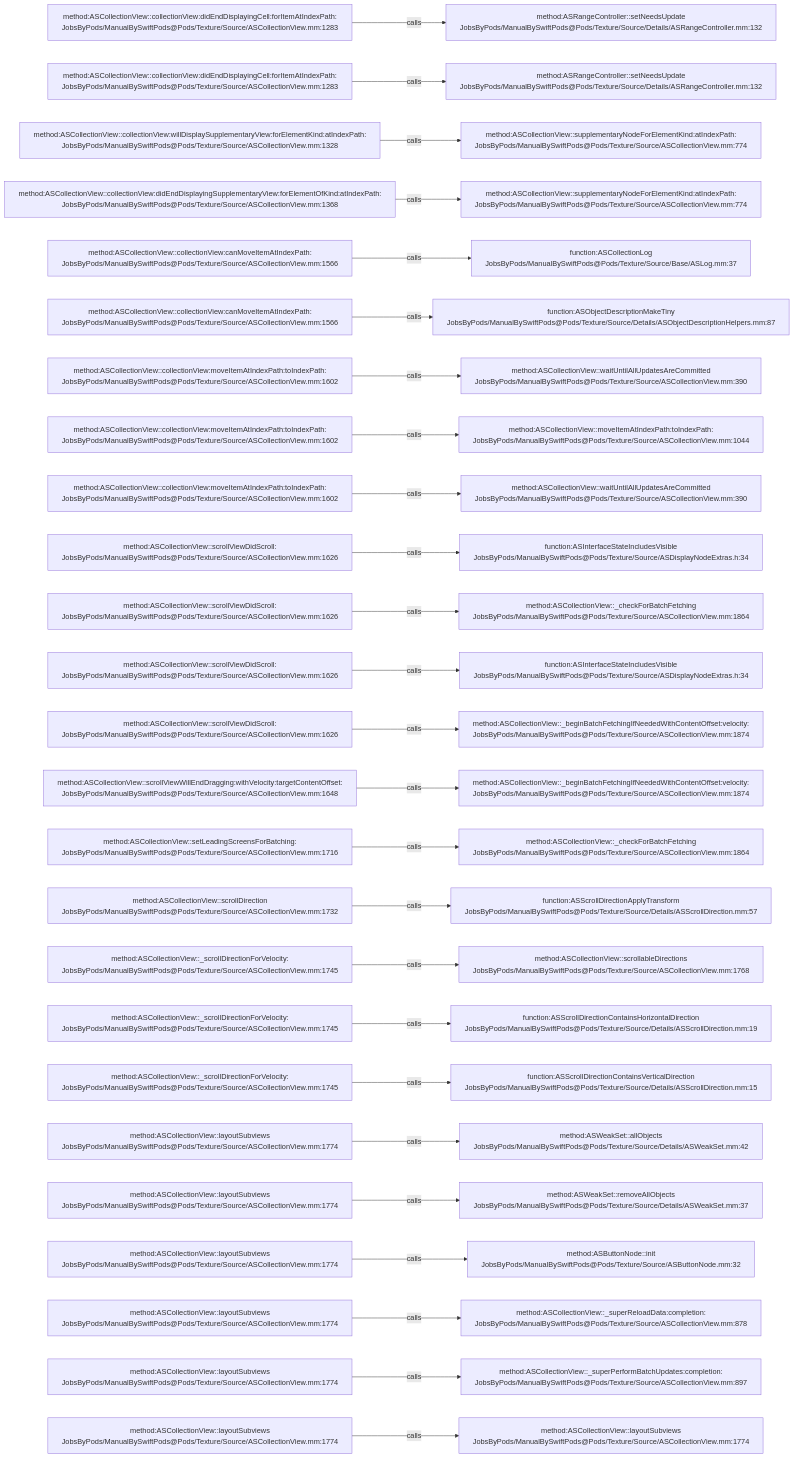
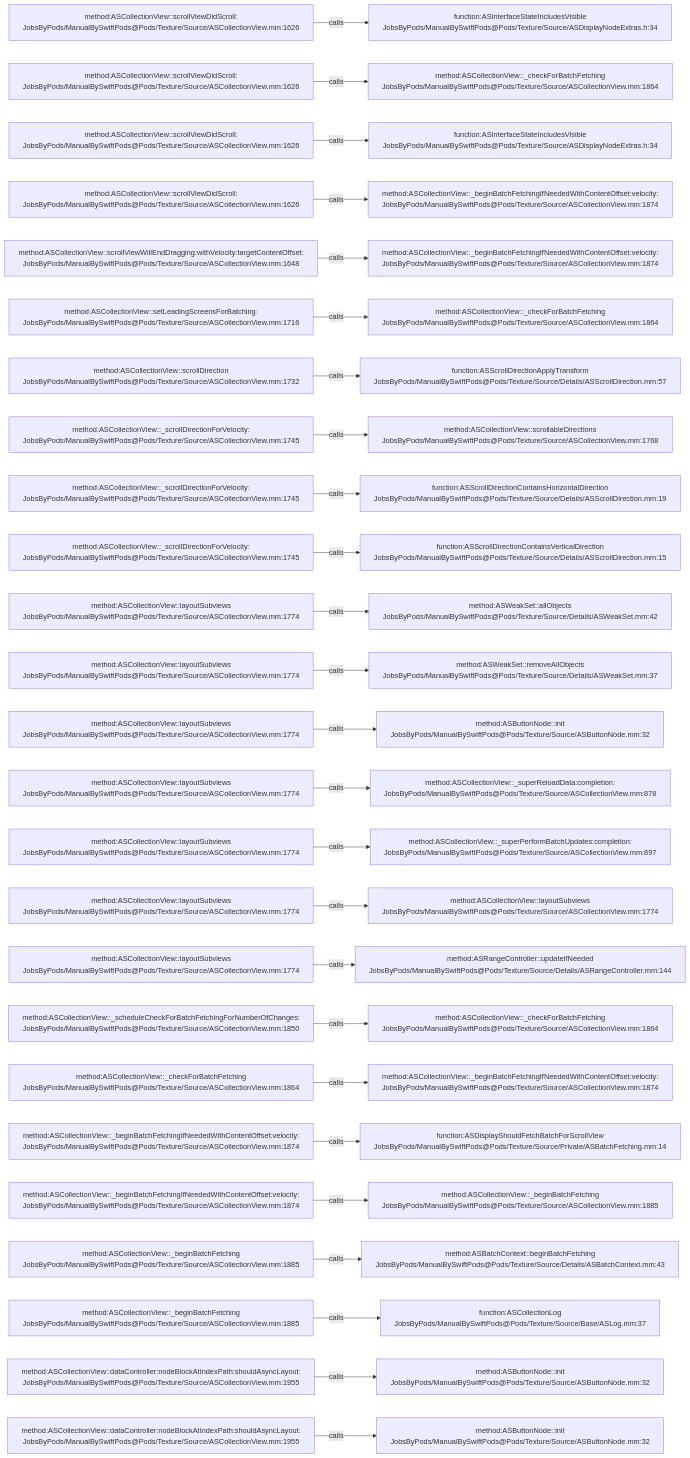
One commit to JobsKits/JobsSwiftBaseConfigDemo changed the diagram in .codegraph/codegraph.md/graphs/calls-013.md. Above: the diagram before and after it, drawn with Mermaid. The commit also changed 707 other files, not shown here.

````diff
--- a/.codegraph/codegraph.md/graphs/calls-013.md
+++ b/.codegraph/codegraph.md/graphs/calls-013.md
@@ -13,78 +13,78 @@
 ```mermaid
 flowchart LR
-  S1["method:ASCollectionView::collectionView:didEndDisplayingCell:forItemAtIndexPath:<br/>JobsByPods/ManualBySwiftPods@Pods/Texture/Source/ASCollectionView.mm:1283"]
-  T1["method:ASRangeController::setNeedsUpdate<br/>JobsByPods/ManualBySwiftPods@Pods/Texture/Source/Details/ASRangeController.mm:132"]
+  S1["method:ASCollectionView::scrollViewDidScroll:<br/>JobsByPods/ManualBySwiftPods@Pods/Texture/Source/ASCollectionView.mm:1626"]
+  T1["function:ASInterfaceStateIncludesVisible<br/>JobsByPods/ManualBySwiftPods@Pods/Texture/Source/ASDisplayNodeExtras.h:34"]
   S1 -->|calls| T1
-  S2["method:ASCollectionView::collectionView:didEndDisplayingCell:forItemAtIndexPath:<br/>JobsByPods/ManualBySwiftPods@Pods/Texture/Source/ASCollectionView.mm:1283"]
-  T2["method:ASRangeController::setNeedsUpdate<br/>JobsByPods/ManualBySwiftPods@Pods/Texture/Source/Details/ASRangeController.mm:132"]
+  S2["method:ASCollectionView::scrollViewDidScroll:<br/>JobsByPods/ManualBySwiftPods@Pods/Texture/Source/ASCollectionView.mm:1626"]
+  T2["method:ASCollectionView::_checkForBatchFetching<br/>JobsByPods/ManualBySwiftPods@Pods/Texture/Source/ASCollectionView.mm:1864"]
   S2 -->|calls| T2
-  S3["method:ASCollectionView::collectionView:willDisplaySupplementaryView:forElementKind:atIndexPath:<br/>JobsByPods/ManualBySwiftPods@Pods/Texture/Source/ASCollectionView.mm:1328"]
-  T3["method:ASCollectionView::supplementaryNodeForElementKind:atIndexPath:<br/>JobsByPods/ManualBySwiftPods@Pods/Texture/Source/ASCollectionView.mm:774"]
+  S3["method:ASCollectionView::scrollViewDidScroll:<br/>JobsByPods/ManualBySwiftPods@Pods/Texture/Source/ASCollectionView.mm:1626"]
+  T3["function:ASInterfaceStateIncludesVisible<br/>JobsByPods/ManualBySwiftPods@Pods/Texture/Source/ASDisplayNodeExtras.h:34"]
   S3 -->|calls| T3
-  S4["method:ASCollectionView::collectionView:didEndDisplayingSupplementaryView:forElementOfKind:atIndexPath:<br/>JobsByPods/ManualBySwiftPods@Pods/Texture/Source/ASCollectionView.mm:1368"]
-  T4["method:ASCollectionView::supplementaryNodeForElementKind:atIndexPath:<br/>JobsByPods/ManualBySwiftPods@Pods/Texture/Source/ASCollectionView.mm:774"]
+  S4["method:ASCollectionView::scrollViewDidScroll:<br/>JobsByPods/ManualBySwiftPods@Pods/Texture/Source/ASCollectionView.mm:1626"]
+  T4["method:ASCollectionView::_beginBatchFetchingIfNeededWithContentOffset:velocity:<br/>JobsByPods/ManualBySwiftPods@Pods/Texture/Source/ASCollectionView.mm:1874"]
   S4 -->|calls| T4
-  S5["method:ASCollectionView::collectionView:canMoveItemAtIndexPath:<br/>JobsByPods/ManualBySwiftPods@Pods/Texture/Source/ASCollectionView.mm:1566"]
-  T5["function:ASCollectionLog<br/>JobsByPods/ManualBySwiftPods@Pods/Texture/Source/Base/ASLog.mm:37"]
+  S5["method:ASCollectionView::scrollViewWillEndDragging:withVelocity:targetContentOffset:<br/>JobsByPods/ManualBySwiftPods@Pods/Texture/Source/ASCollectionView.mm:1648"]
+  T5["method:ASCollectionView::_beginBatchFetchingIfNeededWithContentOffset:velocity:<br/>JobsByPods/ManualBySwiftPods@Pods/Texture/Source/ASCollectionView.mm:1874"]
   S5 -->|calls| T5
-  S6["method:ASCollectionView::collectionView:canMoveItemAtIndexPath:<br/>JobsByPods/ManualBySwiftPods@Pods/Texture/Source/ASCollectionView.mm:1566"]
-  T6["function:ASObjectDescriptionMakeTiny<br/>JobsByPods/ManualBySwiftPods@Pods/Texture/Source/Details/ASObjectDescriptionHelpers.mm:87"]
+  S6["method:ASCollectionView::setLeadingScreensForBatching:<br/>JobsByPods/ManualBySwiftPods@Pods/Texture/Source/ASCollectionView.mm:1716"]
+  T6["method:ASCollectionView::_checkForBatchFetching<br/>JobsByPods/ManualBySwiftPods@Pods/Texture/Source/ASCollectionView.mm:1864"]
   S6 -->|calls| T6
-  S7["method:ASCollectionView::collectionView:moveItemAtIndexPath:toIndexPath:<br/>JobsByPods/ManualBySwiftPods@Pods/Texture/Source/ASCollectionView.mm:1602"]
-  T7["method:ASCollectionView::waitUntilAllUpdatesAreCommitted<br/>JobsByPods/ManualBySwiftPods@Pods/Texture/Source/ASCollectionView.mm:390"]
+  S7["method:ASCollectionView::scrollDirection<br/>JobsByPods/ManualBySwiftPods@Pods/Texture/Source/ASCollectionView.mm:1732"]
+  T7["function:ASScrollDirectionApplyTransform<br/>JobsByPods/ManualBySwiftPods@Pods/Texture/Source/Details/ASScrollDirection.mm:57"]
   S7 -->|calls| T7
-  S8["method:ASCollectionView::collectionView:moveItemAtIndexPath:toIndexPath:<br/>JobsByPods/ManualBySwiftPods@Pods/Texture/Source/ASCollectionView.mm:1602"]
-  T8["method:ASCollectionView::moveItemAtIndexPath:toIndexPath:<br/>JobsByPods/ManualBySwiftPods@Pods/Texture/Source/ASCollectionView.mm:1044"]
+  S8["method:ASCollectionView::_scrollDirectionForVelocity:<br/>JobsByPods/ManualBySwiftPods@Pods/Texture/Source/ASCollectionView.mm:1745"]
+  T8["method:ASCollectionView::scrollableDirections<br/>JobsByPods/ManualBySwiftPods@Pods/Texture/Source/ASCollectionView.mm:1768"]
   S8 -->|calls| T8
-  S9["method:ASCollectionView::collectionView:moveItemAtIndexPath:toIndexPath:<br/>JobsByPods/ManualBySwiftPods@Pods/Texture/Source/ASCollectionView.mm:1602"]
-  T9["method:ASCollectionView::waitUntilAllUpdatesAreCommitted<br/>JobsByPods/ManualBySwiftPods@Pods/Texture/Source/ASCollectionView.mm:390"]
+  S9["method:ASCollectionView::_scrollDirectionForVelocity:<br/>JobsByPods/ManualBySwiftPods@Pods/Texture/Source/ASCollectionView.mm:1745"]
+  T9["function:ASScrollDirectionContainsHorizontalDirection<br/>JobsByPods/ManualBySwiftPods@Pods/Texture/Source/Details/ASScrollDirection.mm:19"]
   S9 -->|calls| T9
-  S10["method:ASCollectionView::scrollViewDidScroll:<br/>JobsByPods/ManualBySwiftPods@Pods/Texture/Source/ASCollectionView.mm:1626"]
-  T10["function:ASInterfaceStateIncludesVisible<br/>JobsByPods/ManualBySwiftPods@Pods/Texture/Source/ASDisplayNodeExtras.h:34"]
+  S10["method:ASCollectionView::_scrollDirectionForVelocity:<br/>JobsByPods/ManualBySwiftPods@Pods/Texture/Source/ASCollectionView.mm:1745"]
+  T10["function:ASScrollDirectionContainsVerticalDirection<br/>JobsByPods/ManualBySwiftPods@Pods/Texture/Source/Details/ASScrollDirection.mm:15"]
   S10 -->|calls| T10
-  S11["method:ASCollectionView::scrollViewDidScroll:<br/>JobsByPods/ManualBySwiftPods@Pods/Texture/Source/ASCollectionView.mm:1626"]
-  T11["method:ASCollectionView::_checkForBatchFetching<br/>JobsByPods/ManualBySwiftPods@Pods/Texture/Source/ASCollectionView.mm:1864"]
+  S11["method:ASCollectionView::layoutSubviews<br/>JobsByPods/ManualBySwiftPods@Pods/Texture/Source/ASCollectionView.mm:1774"]
+  T11["method:ASWeakSet::allObjects<br/>JobsByPods/ManualBySwiftPods@Pods/Texture/Source/Details/ASWeakSet.mm:42"]
   S11 -->|calls| T11
-  S12["method:ASCollectionView::scrollViewDidScroll:<br/>JobsByPods/ManualBySwiftPods@Pods/Texture/Source/ASCollectionView.mm:1626"]
-  T12["function:ASInterfaceStateIncludesVisible<br/>JobsByPods/ManualBySwiftPods@Pods/Texture/Source/ASDisplayNodeExtras.h:34"]
+  S12["method:ASCollectionView::layoutSubviews<br/>JobsByPods/ManualBySwiftPods@Pods/Texture/Source/ASCollectionView.mm:1774"]
+  T12["method:ASWeakSet::removeAllObjects<br/>JobsByPods/ManualBySwiftPods@Pods/Texture/Source/Details/ASWeakSet.mm:37"]
   S12 -->|calls| T12
-  S13["method:ASCollectionView::scrollViewDidScroll:<br/>JobsByPods/ManualBySwiftPods@Pods/Texture/Source/ASCollectionView.mm:1626"]
-  T13["method:ASCollectionView::_beginBatchFetchingIfNeededWithContentOffset:velocity:<br/>JobsByPods/ManualBySwiftPods@Pods/Texture/Source/ASCollectionView.mm:1874"]
+  S13["method:ASCollectionView::layoutSubviews<br/>JobsByPods/ManualBySwiftPods@Pods/Texture/Source/ASCollectionView.mm:1774"]
+  T13["method:ASButtonNode::init<br/>JobsByPods/ManualBySwiftPods@Pods/Texture/Source/ASButtonNode.mm:32"]
   S13 -->|calls| T13
-  S14["method:ASCollectionView::scrollViewWillEndDragging:withVelocity:targetContentOffset:<br/>JobsByPods/ManualBySwiftPods@Pods/Texture/Source/ASCollectionView.mm:1648"]
-  T14["method:ASCollectionView::_beginBatchFetchingIfNeededWithContentOffset:velocity:<br/>JobsByPods/ManualBySwiftPods@Pods/Texture/Source/ASCollectionView.mm:1874"]
+  S14["method:ASCollectionView::layoutSubviews<br/>JobsByPods/ManualBySwiftPods@Pods/Texture/Source/ASCollectionView.mm:1774"]
+  T14["method:ASCollectionView::_superReloadData:completion:<br/>JobsByPods/ManualBySwiftPods@Pods/Texture/Source/ASCollectionView.mm:878"]
   S14 -->|calls| T14
-  S15["method:ASCollectionView::setLeadingScreensForBatching:<br/>JobsByPods/ManualBySwiftPods@Pods/Texture/Source/ASCollectionView.mm:1716"]
-  T15["method:ASCollectionView::_checkForBatchFetching<br/>JobsByPods/ManualBySwiftPods@Pods/Texture/Source/ASCollectionView.mm:1864"]
+  S15["method:ASCollectionView::layoutSubviews<br/>JobsByPods/ManualBySwiftPods@Pods/Texture/Source/ASCollectionView.mm:1774"]
+  T15["method:ASCollectionView::_superPerformBatchUpdates:completion:<br/>JobsByPods/ManualBySwiftPods@Pods/Texture/Source/ASCollectionView.mm:897"]
   S15 -->|calls| T15
-  S16["method:ASCollectionView::scrollDirection<br/>JobsByPods/ManualBySwiftPods@Pods/Texture/Source/ASCollectionView.mm:1732"]
-  T16["function:ASScrollDirectionApplyTransform<br/>JobsByPods/ManualBySwiftPods@Pods/Texture/Source/Details/ASScrollDirection.mm:57"]
+  S16["method:ASCollectionView::layoutSubviews<br/>JobsByPods/ManualBySwiftPods@Pods/Texture/Source/ASCollectionView.mm:1774"]
+  T16["method:ASCollectionView::layoutSubviews<br/>JobsByPods/ManualBySwiftPods@Pods/Texture/Source/ASCollectionView.mm:1774"]
   S16 -->|calls| T16
-  S17["method:ASCollectionView::_scrollDirectionForVelocity:<br/>JobsByPods/ManualBySwiftPods@Pods/Texture/Source/ASCollectionView.mm:1745"]
-  T17["method:ASCollectionView::scrollableDirections<br/>JobsByPods/ManualBySwiftPods@Pods/Texture/Source/ASCollectionView.mm:1768"]
+  S17["method:ASCollectionView::layoutSubviews<br/>JobsByPods/ManualBySwiftPods@Pods/Texture/Source/ASCollectionView.mm:1774"]
+  T17["method:ASRangeController::updateIfNeeded<br/>JobsByPods/ManualBySwiftPods@Pods/Texture/Source/Details/ASRangeController.mm:144"]
   S17 -->|calls| T17
-  S18["method:ASCollectionView::_scrollDirectionForVelocity:<br/>JobsByPods/ManualBySwiftPods@Pods/Texture/Source/ASCollectionView.mm:1745"]
-  T18["function:ASScrollDirectionContainsHorizontalDirection<br/>JobsByPods/ManualBySwiftPods@Pods/Texture/Source/Details/ASScrollDirection.mm:19"]
+  S18["method:ASCollectionView::_scheduleCheckForBatchFetchingForNumberOfChanges:<br/>JobsByPods/ManualBySwiftPods@Pods/Texture/Source/ASCollectionView.mm:1850"]
+  T18["method:ASCollectionView::_checkForBatchFetching<br/>JobsByPods/ManualBySwiftPods@Pods/Texture/Source/ASCollectionView.mm:1864"]
   S18 -->|calls| T18
-  S19["method:ASCollectionView::_scrollDirectionForVelocity:<br/>JobsByPods/ManualBySwiftPods@Pods/Texture/Source/ASCollectionView.mm:1745"]
-  T19["function:ASScrollDirectionContainsVerticalDirection<br/>JobsByPods/ManualBySwiftPods@Pods/Texture/Source/Details/ASScrollDirection.mm:15"]
+  S19["method:ASCollectionView::_checkForBatchFetching<br/>JobsByPods/ManualBySwiftPods@Pods/Texture/Source/ASCollectionView.mm:1864"]
+  T19["method:ASCollectionView::_beginBatchFetchingIfNeededWithContentOffset:velocity:<br/>JobsByPods/ManualBySwiftPods@Pods/Texture/Source/ASCollectionView.mm:1874"]
   S19 -->|calls| T19
-  S20["method:ASCollectionView::layoutSubviews<br/>JobsByPods/ManualBySwiftPods@Pods/Texture/Source/ASCollectionView.mm:1774"]
-  T20["method:ASWeakSet::allObjects<br/>JobsByPods/ManualBySwiftPods@Pods/Texture/Source/Details/ASWeakSet.mm:42"]
+  S20["method:ASCollectionView::_beginBatchFetchingIfNeededWithContentOffset:velocity:<br/>JobsByPods/ManualBySwiftPods@Pods/Texture/Source/ASCollectionView.mm:1874"]
+  T20["function:ASDisplayShouldFetchBatchForScrollView<br/>JobsByPods/ManualBySwiftPods@Pods/Texture/Source/Private/ASBatchFetching.mm:14"]
   S20 -->|calls| T20
-  S21["method:ASCollectionView::layoutSubviews<br/>JobsByPods/ManualBySwiftPods@Pods/Texture/Source/ASCollectionView.mm:1774"]
-  T21["method:ASWeakSet::removeAllObjects<br/>JobsByPods/ManualBySwiftPods@Pods/Texture/Source/Details/ASWeakSet.mm:37"]
+  S21["method:ASCollectionView::_beginBatchFetchingIfNeededWithContentOffset:velocity:<br/>JobsByPods/ManualBySwiftPods@Pods/Texture/Source/ASCollectionView.mm:1874"]
+  T21["method:ASCollectionView::_beginBatchFetching<br/>JobsByPods/ManualBySwiftPods@Pods/Texture/Source/ASCollectionView.mm:1885"]
   S21 -->|calls| T21
-  S22["method:ASCollectionView::layoutSubviews<br/>JobsByPods/ManualBySwiftPods@Pods/Texture/Source/ASCollectionView.mm:1774"]
-  T22["method:ASButtonNode::init<br/>JobsByPods/ManualBySwiftPods@Pods/Texture/Source/ASButtonNode.mm:32"]
+  S22["method:ASCollectionView::_beginBatchFetching<br/>JobsByPods/ManualBySwiftPods@Pods/Texture/Source/ASCollectionView.mm:1885"]
+  T22["method:ASBatchContext::beginBatchFetching<br/>JobsByPods/ManualBySwiftPods@Pods/Texture/Source/Details/ASBatchContext.mm:43"]
   S22 -->|calls| T22
-  S23["method:ASCollectionView::layoutSubviews<br/>JobsByPods/ManualBySwiftPods@Pods/Texture/Source/ASCollectionView.mm:1774"]
-  T23["method:ASCollectionView::_superReloadData:completion:<br/>JobsByPods/ManualBySwiftPods@Pods/Texture/Source/ASCollectionView.mm:878"]
+  S23["method:ASCollectionView::_beginBatchFetching<br/>JobsByPods/ManualBySwiftPods@Pods/Texture/Source/ASCollectionView.mm:1885"]
+  T23["function:ASCollectionLog<br/>JobsByPods/ManualBySwiftPods@Pods/Texture/Source/Base/ASLog.mm:37"]
   S23 -->|calls| T23
-  S24["method:ASCollectionView::layoutSubviews<br/>JobsByPods/ManualBySwiftPods@Pods/Texture/Source/ASCollectionView.mm:1774"]
-  T24["method:ASCollectionView::_superPerformBatchUpdates:completion:<br/>JobsByPods/ManualBySwiftPods@Pods/Texture/Source/ASCollectionView.mm:897"]
+  S24["method:ASCollectionView::dataController:nodeBlockAtIndexPath:shouldAsyncLayout:<br/>JobsByPods/ManualBySwiftPods@Pods/Texture/Source/ASCollectionView.mm:1955"]
+  T24["method:ASButtonNode::init<br/>JobsByPods/ManualBySwiftPods@Pods/Texture/Source/ASButtonNode.mm:32"]
   S24 -->|calls| T24
-  S25["method:ASCollectionView::layoutSubviews<br/>JobsByPods/ManualBySwiftPods@Pods/Texture/Source/ASCollectionView.mm:1774"]
-  T25["method:ASCollectionView::layoutSubviews<br/>JobsByPods/ManualBySwiftPods@Pods/Texture/Source/ASCollectionView.mm:1774"]
+  S25["method:ASCollectionView::dataController:nodeBlockAtIndexPath:shouldAsyncLayout:<br/>JobsByPods/ManualBySwiftPods@Pods/Texture/Source/ASCollectionView.mm:1955"]
+  T25["method:ASButtonNode::init<br/>JobsByPods/ManualBySwiftPods@Pods/Texture/Source/ASButtonNode.mm:32"]
   S25 -->|calls| T25
 ```
````
